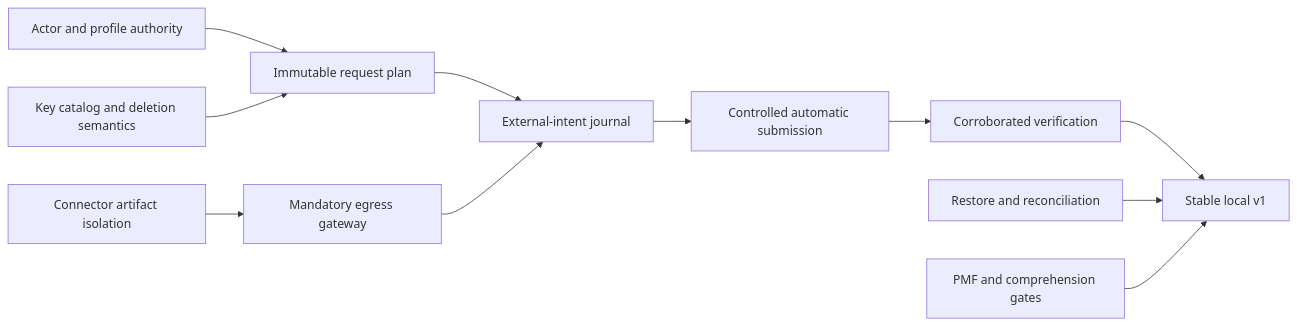
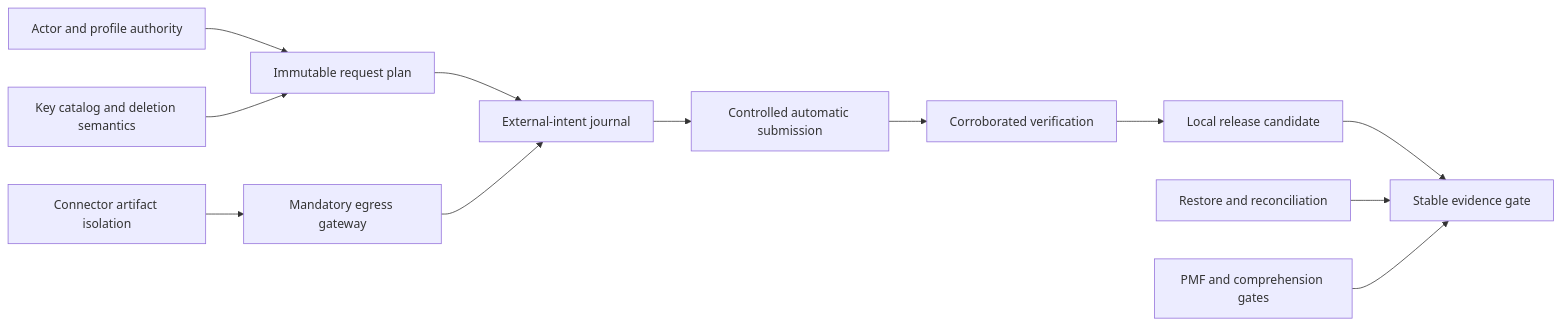
Before and after one commit to Ninja91/MyCogni: the diagram in ROADMAP.md, drawn with Mermaid. The commit also changed other lines of this file and 34 other files, not shown here.

````diff
--- a/ROADMAP.md
+++ b/ROADMAP.md
@@ -25,13 +27,14 @@
 ```mermaid
 flowchart LR
     auth["Actor and profile authority"] --> plan["Immutable request plan"]
     keys["Key catalog and deletion semantics"] --> plan
     isolation["Connector artifact isolation"] --> egress["Mandatory egress gateway"]
     plan --> journal["External-intent journal"]
     egress --> journal
     journal --> auto["Controlled automatic submission"]
     auto --> proof["Corroborated verification"]
-    proof --> v1["Stable local v1"]
+    proof --> rc["Local release candidate"]
+    rc --> v1["Stable evidence gate"]
     restore["Restore and reconciliation"] --> v1
     research["PMF and comprehension gates"] --> v1
 ```
````
